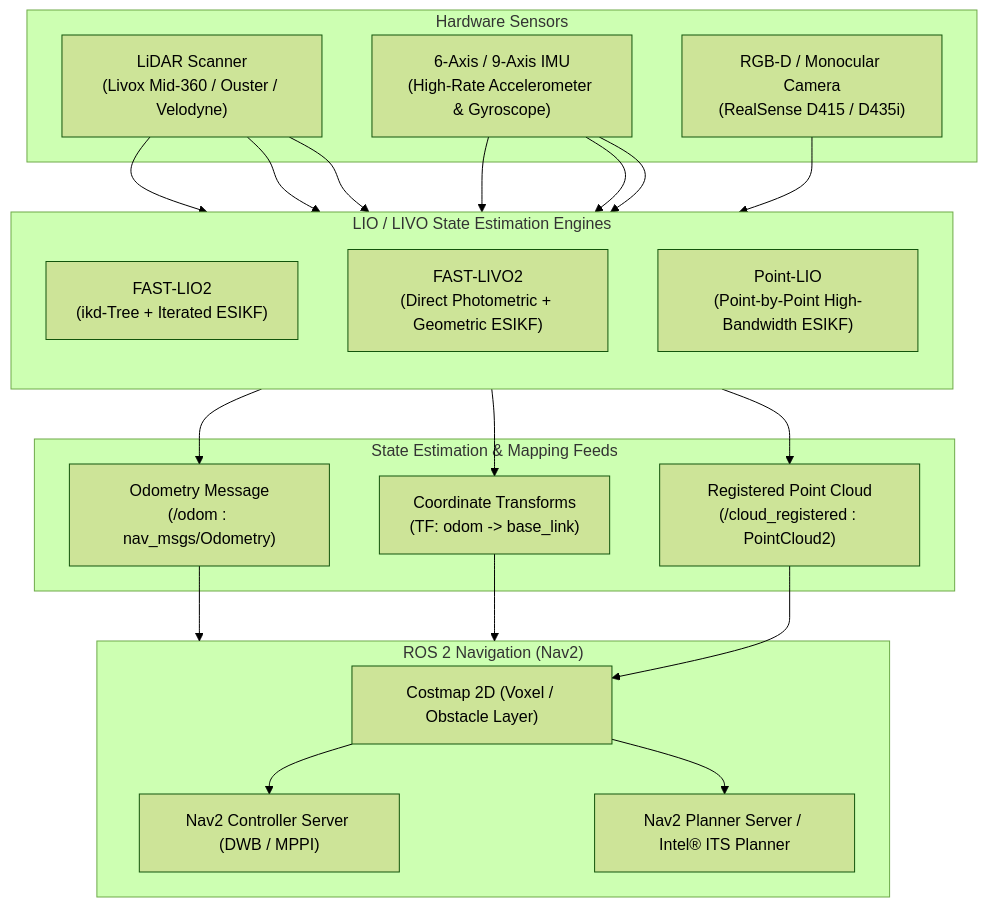
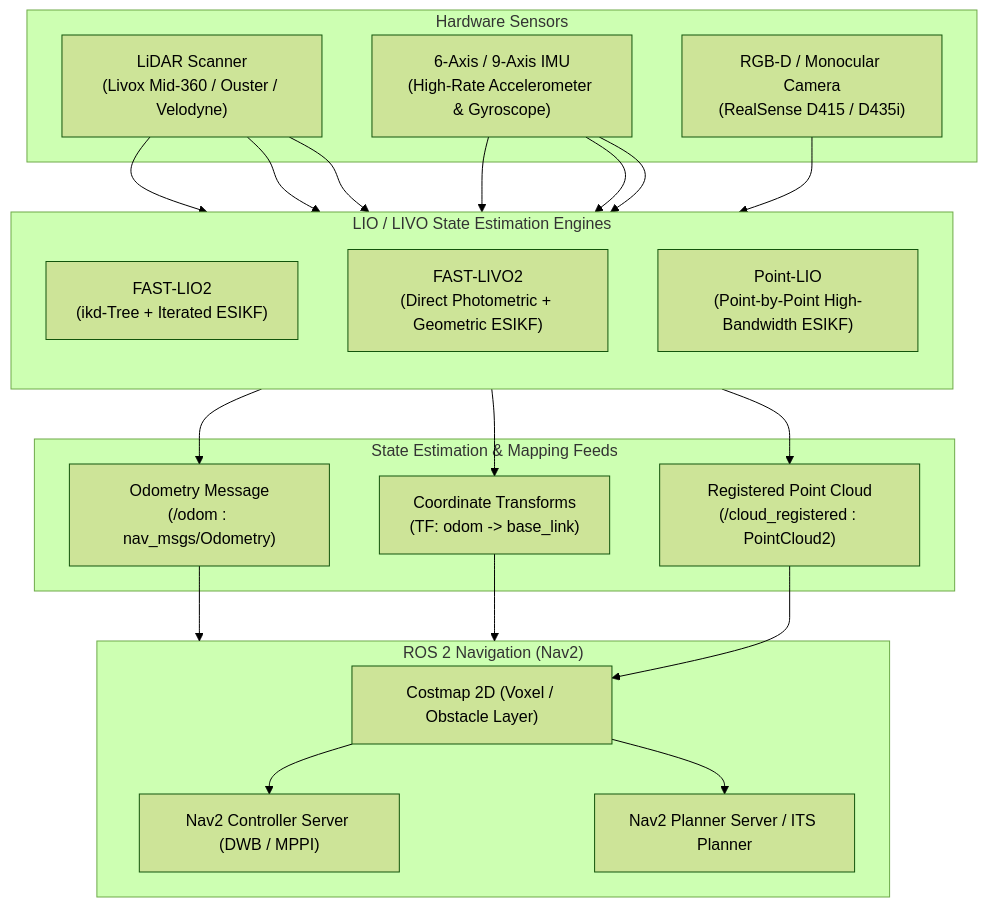
Before and after one commit to open-edge-platform/robotics-ai-suite-staging: the diagram in docs/user-guide/components/navigation/lio-livo-pipelines.md, drawn with Mermaid (forest theme). The commit also changed other lines of this file and 20 other files, not shown here.

````diff
--- a/docs/user-guide/components/navigation/lio-livo-pipelines.md
+++ b/docs/user-guide/components/navigation/lio-livo-pipelines.md
@@ -12,47 +12,47 @@
 ```{mermaid}
 flowchart TD
     subgraph Sensors["Hardware Sensors"]
         LiDAR["LiDAR Scanner\n(Livox Mid-360 / Ouster / Velodyne)"]
         IMU["6-Axis / 9-Axis IMU\n(High-Rate Accelerometer & Gyroscope)"]
         Cam["RGB-D / Monocular Camera\n(RealSense D415 / D435i)"]
     end
 
     subgraph Odometry_Engines["LIO / LIVO State Estimation Engines"]
         direction TB
         FAST_LIO["FAST-LIO2\n(ikd-Tree + Iterated ESIKF)"]
         FAST_LIVO["FAST-LIVO2\n(Direct Photometric + Geometric ESIKF)"]
         POINT_LIO["Point-LIO\n(Point-by-Point High-Bandwidth ESIKF)"]
     end
 
     subgraph State_Outputs["State Estimation & Mapping Feeds"]
         OdomMsg["Odometry Message\n(/odom : nav_msgs/Odometry)"]
         TF["Coordinate Transforms\n(TF: odom -> base_link)"]
         CloudReg["Registered Point Cloud\n(/cloud_registered : PointCloud2)"]
     end
 
     subgraph Nav2_Stack["ROS 2 Navigation (Nav2)"]
         Costmap["Costmap 2D (Voxel / Obstacle Layer)"]
         Controller["Nav2 Controller Server (DWB / MPPI)"]
-        Planner["Nav2 Planner Server / Intel® ITS Planner"]
+        Planner["Nav2 Planner Server / ITS Planner"]
     end
 
     LiDAR --> FAST_LIO
     IMU --> FAST_LIO
 
     LiDAR --> FAST_LIVO
     IMU --> FAST_LIVO
     Cam --> FAST_LIVO
 
     LiDAR --> POINT_LIO
     IMU --> POINT_LIO
 
     Odometry_Engines --> OdomMsg
     Odometry_Engines --> TF
     Odometry_Engines --> CloudReg
 
     OdomMsg --> Nav2_Stack
     TF --> Nav2_Stack
     CloudReg --> Costmap
     Costmap --> Controller
     Costmap --> Planner
 ```
````
